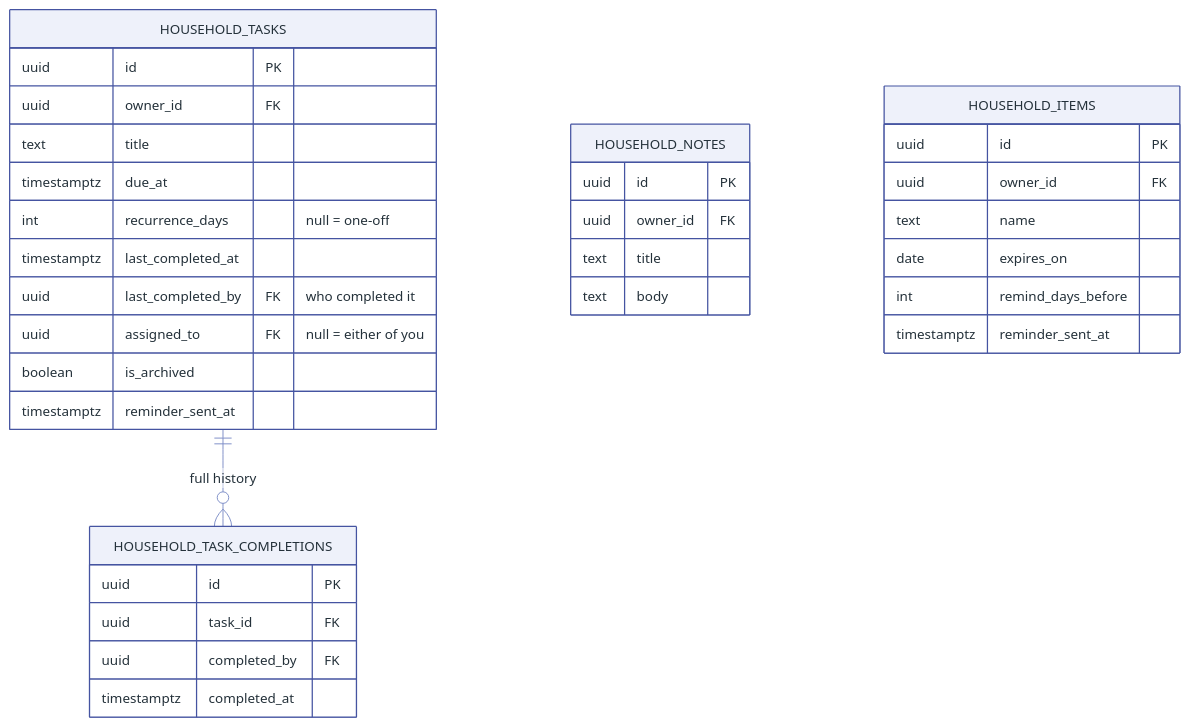
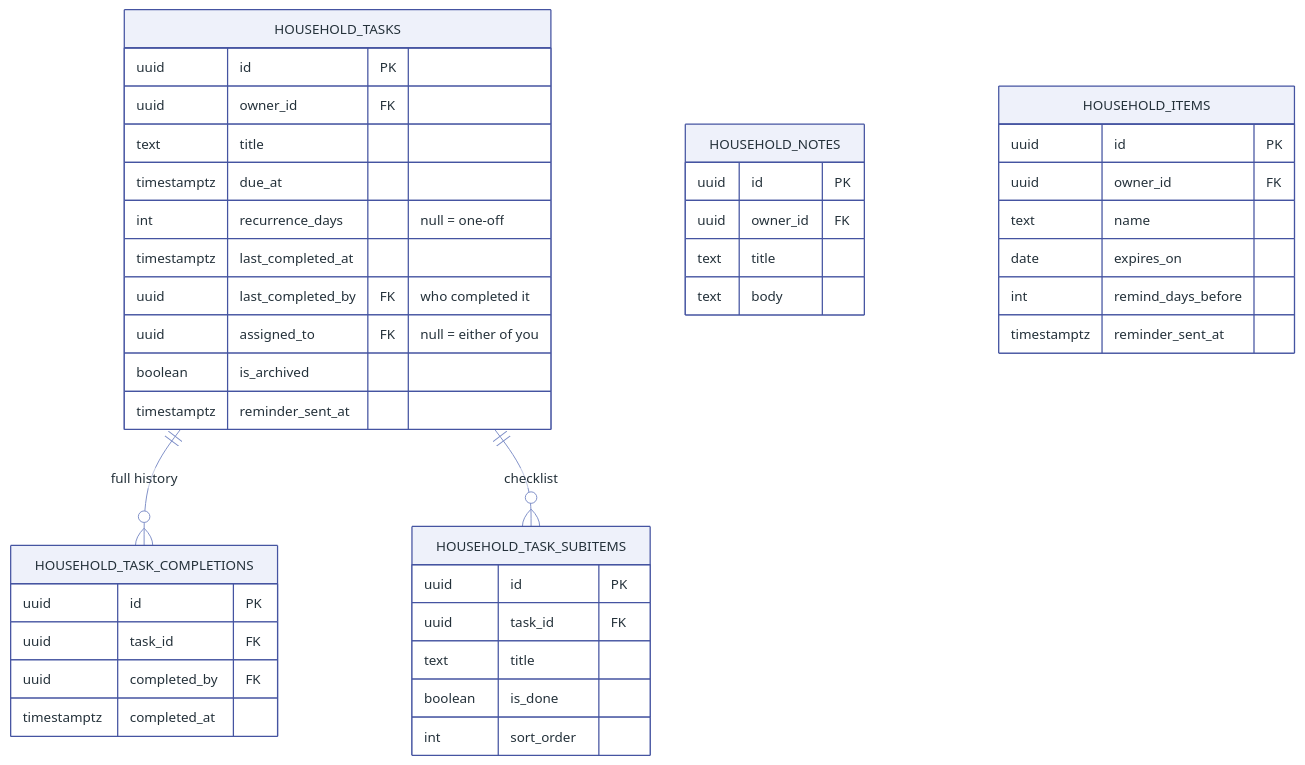
One commit to xxvazquez/health-management changed the seventh of 7 diagrams in docs/data-model.md. Above: the diagram before and after it, drawn with Mermaid. The commit also changed other lines of this file and 15 other files, not shown here.

````diff
--- a/docs/data-model.md
+++ b/docs/data-model.md
@@ -539,42 +553,50 @@
 ```mermaid
 %%{init: {"theme": "base", "themeVariables": {
   "primaryColor": "#eef1fa", "primaryBorderColor": "#4554a1",
   "primaryTextColor": "#24313a", "lineColor": "#7d8ec7",
   "fontFamily": "Inter, -apple-system, sans-serif", "fontSize": "14px"
 }}}%%
 erDiagram
     HOUSEHOLD_TASKS ||--o{ HOUSEHOLD_TASK_COMPLETIONS : "full history"
+    HOUSEHOLD_TASKS ||--o{ HOUSEHOLD_TASK_SUBITEMS : "checklist"
 
     HOUSEHOLD_NOTES {
         uuid id PK
         uuid owner_id FK
         text title
         text body
     }
     HOUSEHOLD_TASKS {
         uuid        id PK
         uuid        owner_id FK
         text        title
         timestamptz due_at
         int         recurrence_days "null = one-off"
         timestamptz last_completed_at
         uuid        last_completed_by FK "who completed it"
         uuid        assigned_to FK "null = either of you"
         boolean     is_archived
         timestamptz reminder_sent_at
     }
     HOUSEHOLD_TASK_COMPLETIONS {
         uuid        id PK
         uuid        task_id FK
         uuid        completed_by FK
         timestamptz completed_at
     }
+    HOUSEHOLD_TASK_SUBITEMS {
+        uuid    id PK
+        uuid    task_id FK
+        text    title
+        boolean is_done
+        int     sort_order
+    }
     HOUSEHOLD_ITEMS {
         uuid id PK
         uuid owner_id FK
         text name
         date expires_on
         int  remind_days_before
         timestamptz reminder_sent_at
     }
 ```
````
